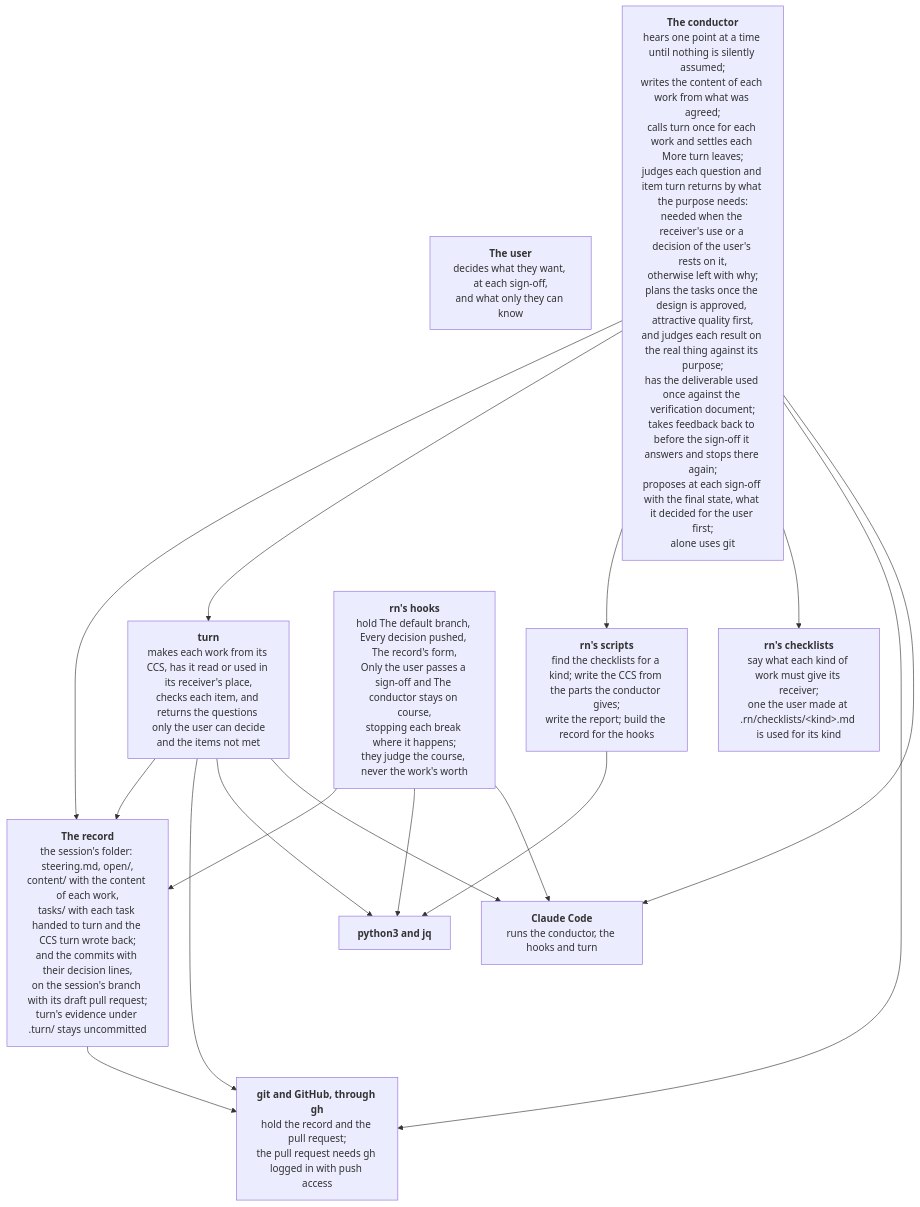
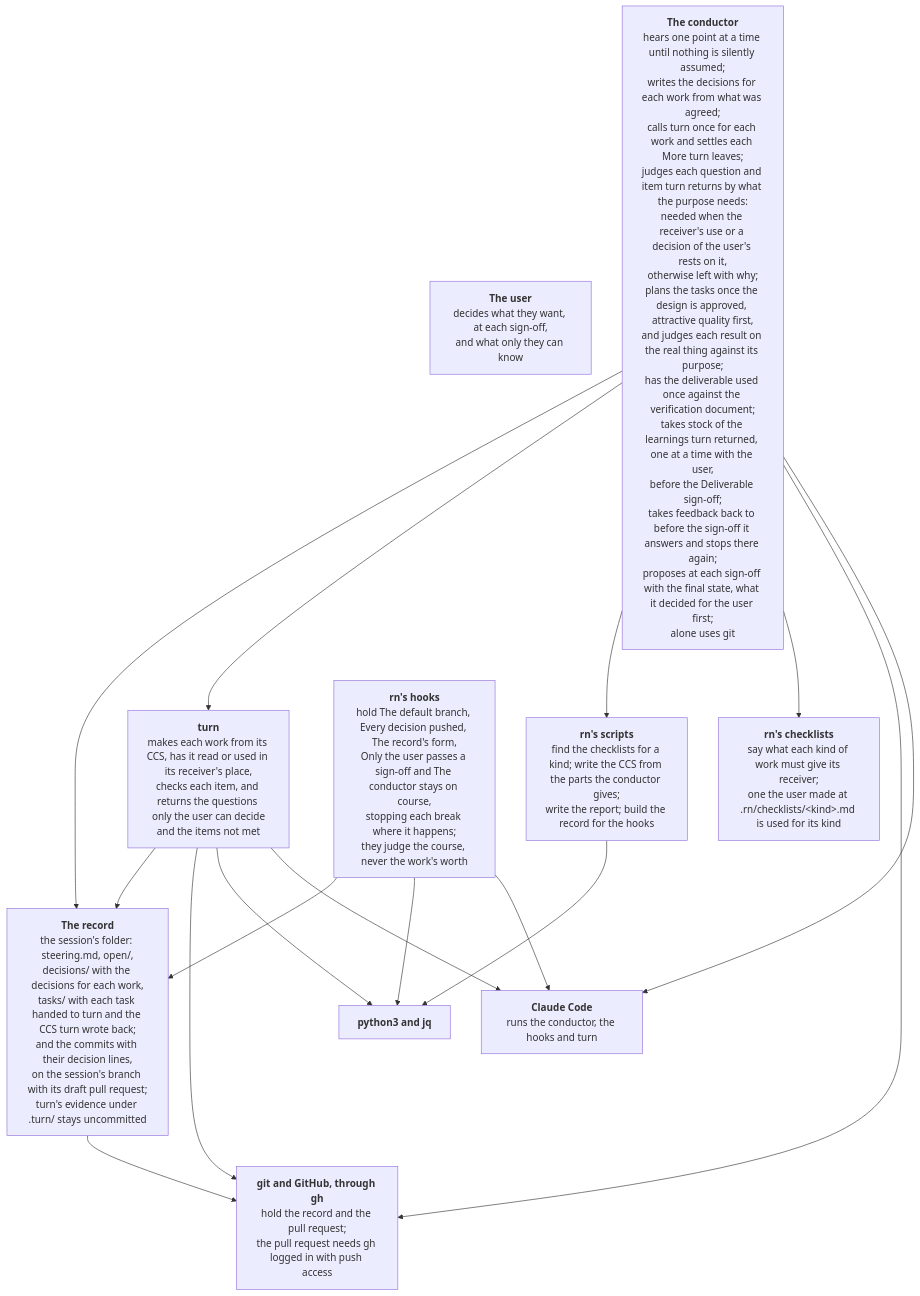
One commit to lovaizu/ccpm changed the diagram in rn/docs/design.md. Above: the diagram before and after it, drawn with Mermaid. The commit also changed other lines of this file and 54 other files, not shown here.

````diff
--- a/rn/docs/design.md
+++ b/rn/docs/design.md
@@ -295,29 +295,29 @@
 ```mermaid
 flowchart TB
   user["<b>The user</b><br/>decides what they want, at each sign-off,<br/>and what only they can know"]
-  conductor["<b>The conductor</b><br/>hears one point at a time until nothing is silently assumed;<br/>writes the content of each work from what was agreed;<br/>calls turn once for each work and settles each More turn leaves;<br/>judges each question and item turn returns by what the purpose needs:<br/>needed when the receiver's use or a decision of the user's rests on it,<br/>otherwise left with why;<br/>plans the tasks once the design is approved, attractive quality first,<br/>and judges each result on the real thing against its purpose;<br/>has the deliverable used once against the verification document;<br/>takes feedback back to before the sign-off it answers and stops there again;<br/>proposes at each sign-off with the final state, what it decided for the user first;<br/>alone uses git"]
+  conductor["<b>The conductor</b><br/>hears one point at a time until nothing is silently assumed;<br/>writes the decisions for each work from what was agreed;<br/>calls turn once for each work and settles each More turn leaves;<br/>judges each question and item turn returns by what the purpose needs:<br/>needed when the receiver's use or a decision of the user's rests on it,<br/>otherwise left with why;<br/>plans the tasks once the design is approved, attractive quality first,<br/>and judges each result on the real thing against its purpose;<br/>has the deliverable used once against the verification document;<br/>takes stock of the learnings turn returned, one at a time with the user,<br/>before the Deliverable sign-off;<br/>takes feedback back to before the sign-off it answers and stops there again;<br/>proposes at each sign-off with the final state, what it decided for the user first;<br/>alone uses git"]
   turn["<b>turn</b><br/>makes each work from its CCS, has it read or used in its receiver's place,<br/>checks each item, and returns the questions only the user can decide<br/>and the items not met"]
   scripts["<b>rn's scripts</b><br/>find the checklists for a kind; write the CCS from the parts the conductor gives;<br/>write the report; build the record for the hooks"]
   hooks["<b>rn's hooks</b><br/>hold The default branch, Every decision pushed, The record's form,<br/>Only the user passes a sign-off and The conductor stays on course,<br/>stopping each break where it happens;<br/>they judge the course, never the work's worth"]
   checklists["<b>rn's checklists</b><br/>say what each kind of work must give its receiver;<br/>one the user made at .rn/checklists/&lt;kind&gt;.md is used for its kind"]
-  record["<b>The record</b><br/>the session's folder: steering.md, open/,<br/>content/ with the content of each work,<br/>tasks/ with each task handed to turn and the CCS turn wrote back;<br/>and the commits with their decision lines,<br/>on the session's branch with its draft pull request;<br/>turn's evidence under .turn/ stays uncommitted"]
+  record["<b>The record</b><br/>the session's folder: steering.md, open/,<br/>decisions/ with the decisions for each work,<br/>tasks/ with each task handed to turn and the CCS turn wrote back;<br/>and the commits with their decision lines,<br/>on the session's branch with its draft pull request;<br/>turn's evidence under .turn/ stays uncommitted"]
   github["<b>git and GitHub, through gh</b><br/>hold the record and the pull request;<br/>the pull request needs gh logged in with push access"]
   claude["<b>Claude Code</b><br/>runs the conductor, the hooks and turn"]
   tools["<b>python3 and jq</b>"]
 
   conductor --> record
   conductor --> turn
   conductor --> scripts
   conductor --> checklists
   conductor --> github
   conductor --> claude
   turn --> record
   turn --> github
   turn --> tools
   turn --> claude
   scripts --> tools
   hooks --> record
   hooks --> tools
   hooks --> claude
   record --> github
 ```
````
